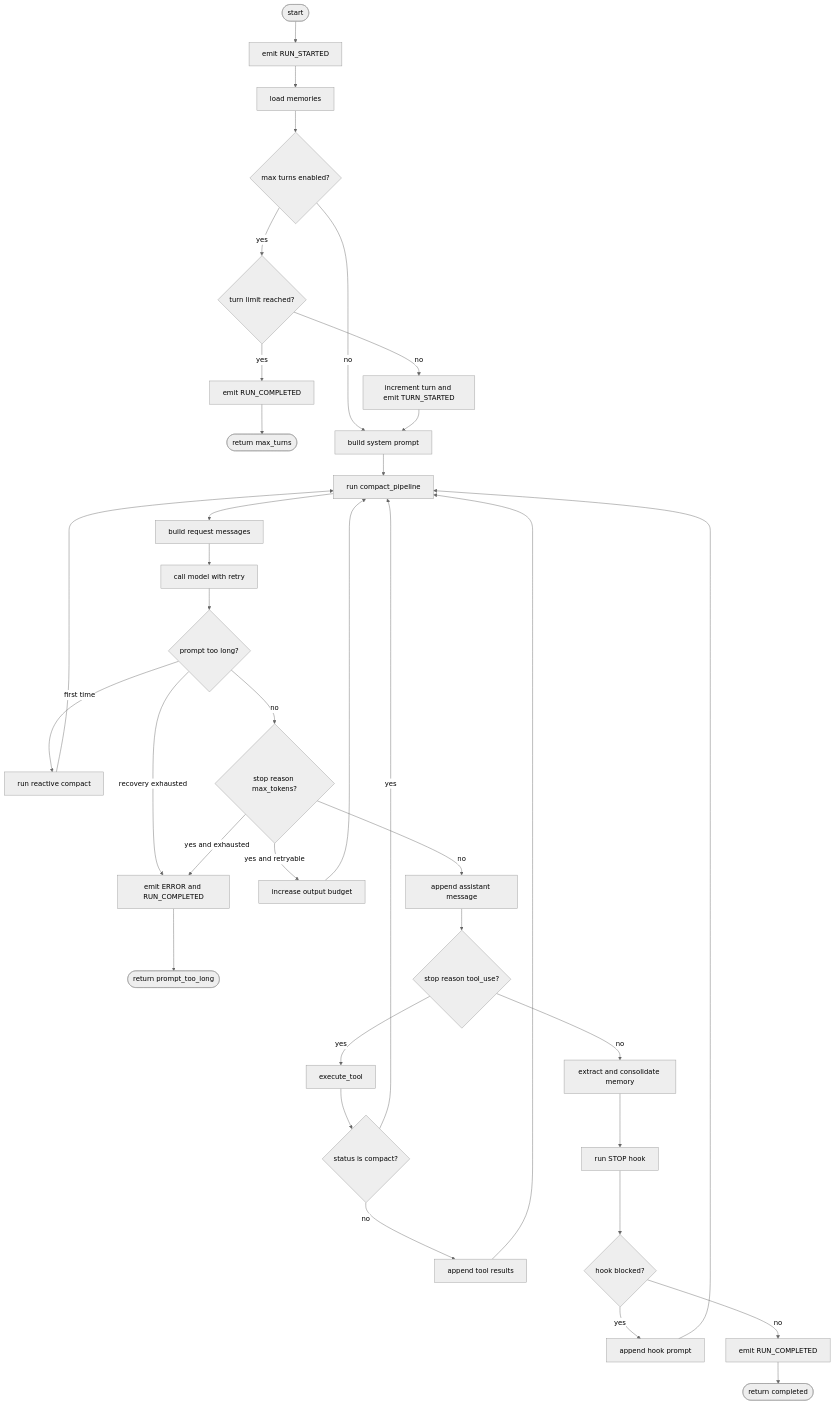
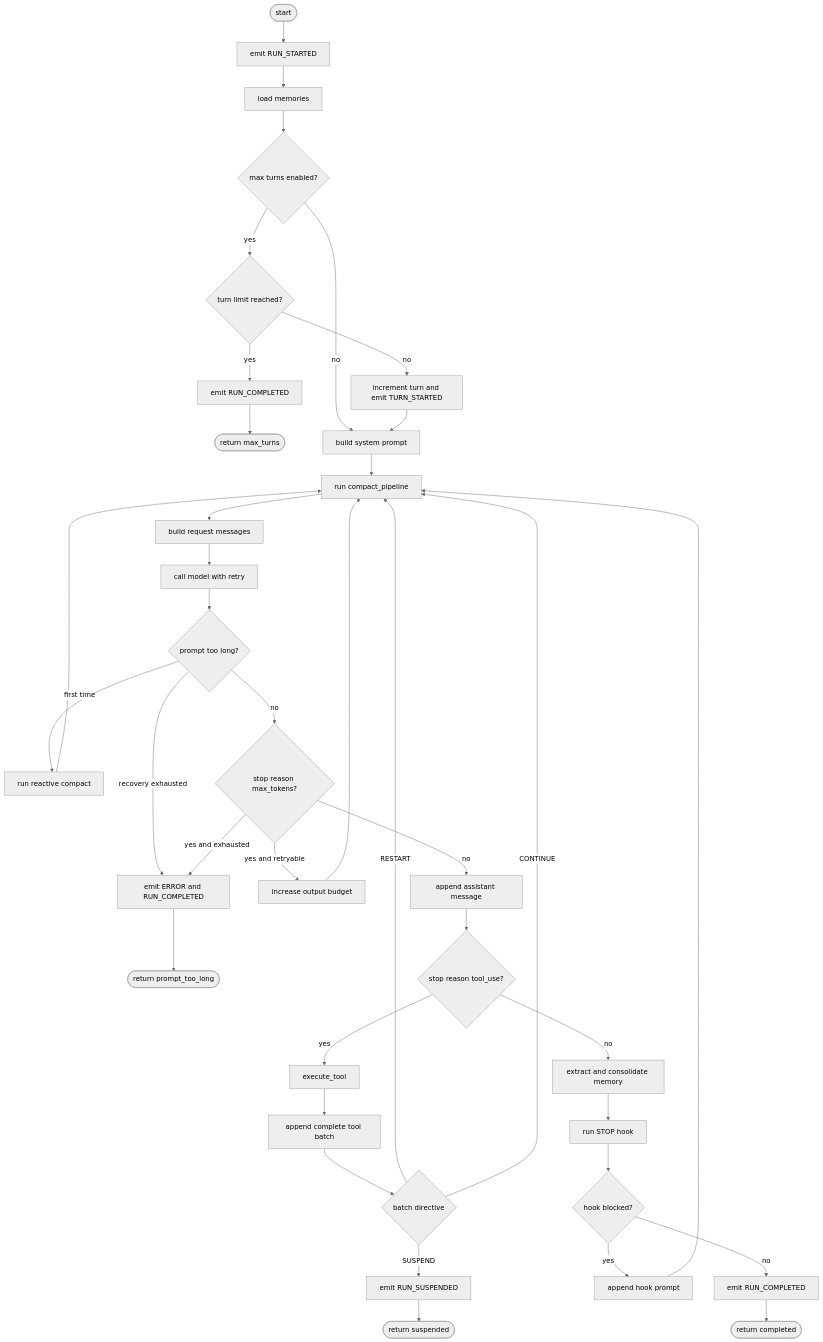
One commit to shiphex/lite_harness changed the first of 4 diagrams in doc/architecture/agent_loop.md. Above: the diagram before and after it, drawn with Mermaid (neutral theme). The commit also changed other lines of this file and 3 other files, not shown here.

````diff
--- a/doc/architecture/agent_loop.md
+++ b/doc/architecture/agent_loop.md
@@ -203,38 +211,40 @@
 ```mermaid
 flowchart TD
     A([start]) --> B[emit RUN_STARTED]
     B --> C[load memories]
     C --> D{max turns enabled?}
     D -->|yes| E{turn limit reached?}
     E -->|yes| Z1[emit RUN_COMPLETED]
     Z1 --> Z2([return max_turns])
     E -->|no| F[increment turn and emit TURN_STARTED]
     D -->|no| G[build system prompt]
     F --> G
     G --> H[run compact_pipeline]
     H --> I[build request messages]
     I --> J[call model with retry]
     J --> K{prompt too long?}
     K -->|first time| L[run reactive compact]
     L --> H
     K -->|recovery exhausted| Z3[emit ERROR and RUN_COMPLETED]
     Z3 --> Z4([return prompt_too_long])
     K -->|no| M{stop reason max_tokens?}
     M -->|yes and retryable| N[increase output budget]
     N --> H
     M -->|yes and exhausted| Z3
     M -->|no| O[append assistant message]
     O --> P{stop reason tool_use?}
     P -->|yes| Q[execute_tool]
-    Q --> R{status is compact?}
-    R -->|yes| H
-    R -->|no| S[append tool results]
-    S --> H
+    Q --> R[append complete tool batch]
+    R --> S{batch directive}
+    S -->|RESTART| H
+    S -->|CONTINUE| H
+    S -->|SUSPEND| Z5[emit RUN_SUSPENDED]
+    Z5 --> Z6([return suspended])
     P -->|no| T[extract and consolidate memory]
     T --> U[run STOP hook]
     U --> V{hook blocked?}
     V -->|yes| W[append hook prompt]
     W --> H
     V -->|no| X[emit RUN_COMPLETED]
     X --> Y([return completed])
 ```
````
